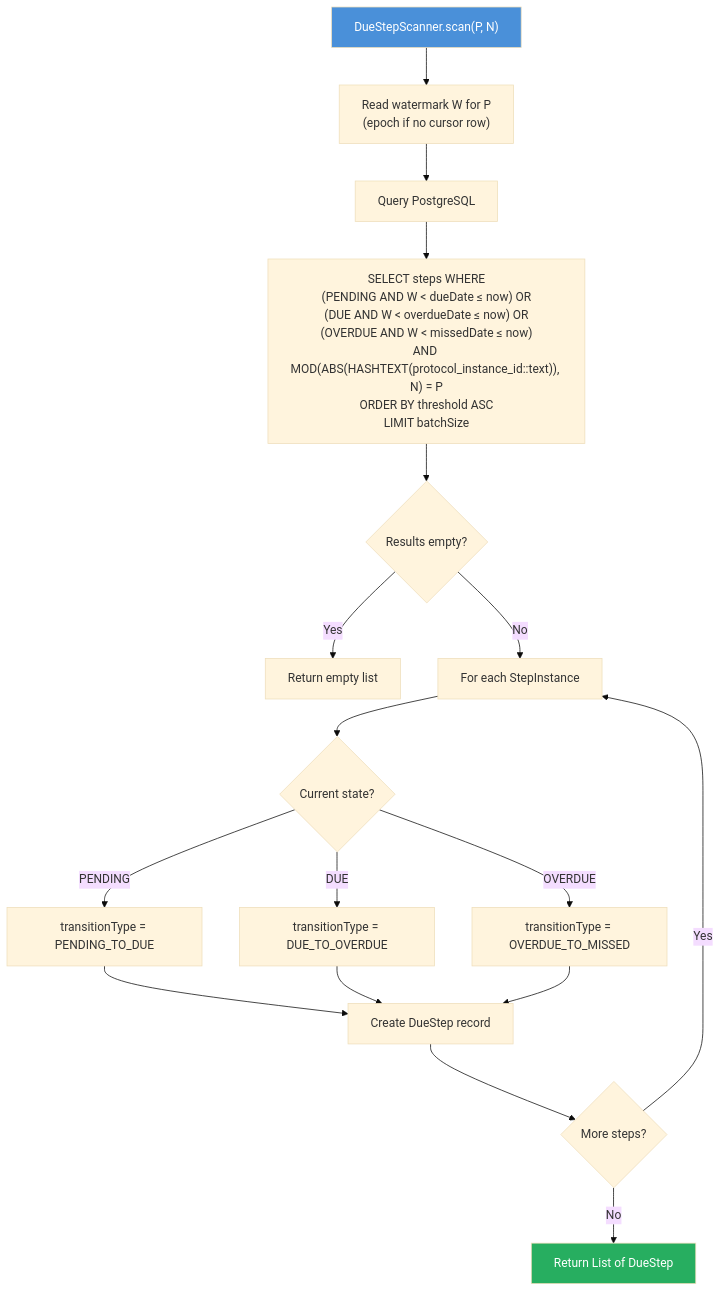
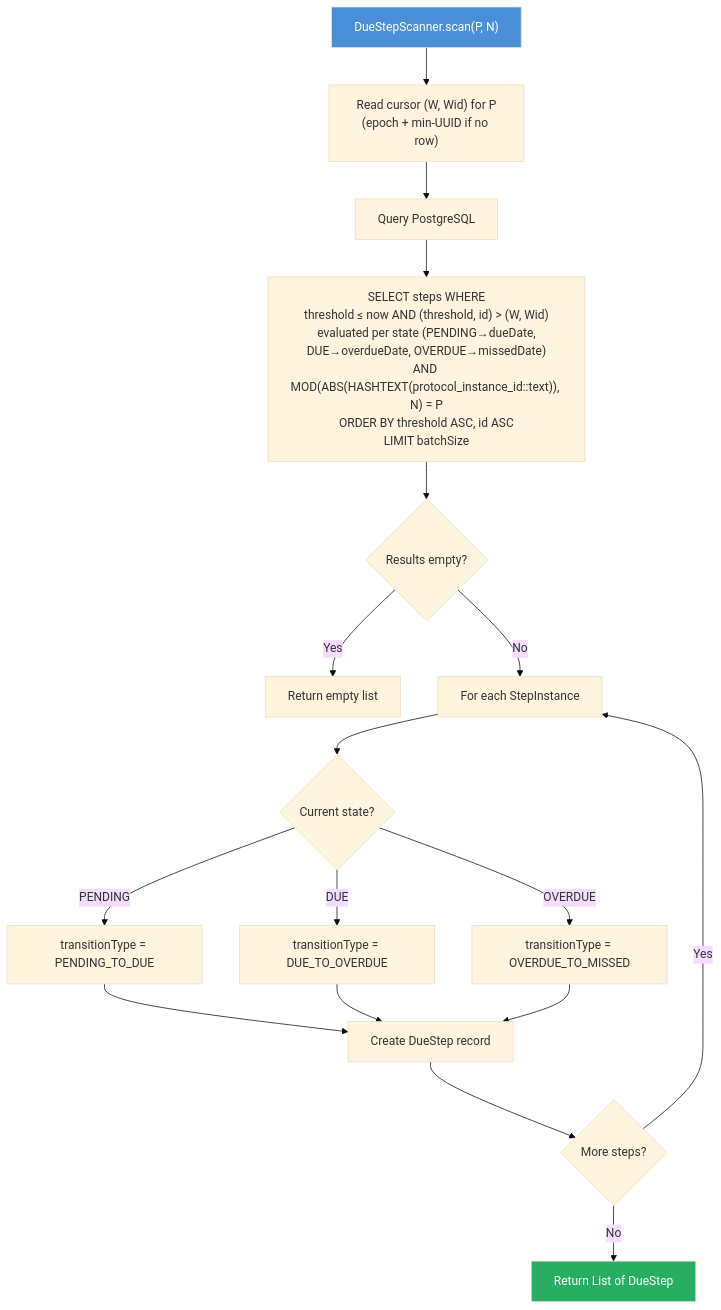
One commit to Jayaprakash8887/cce-scheduler-service changed the third of 5 diagrams in docs/flow-diagrams.md. Above: the diagram before and after it, drawn with Mermaid (base theme). The commit also changed other lines of this file and 15 other files, not shown here.

````diff
--- a/docs/flow-diagrams.md
+++ b/docs/flow-diagrams.md
@@ -111,25 +111,25 @@
 ```mermaid
 flowchart TD
-    A["DueStepScanner.scan(P, N)"] --> A2["Read watermark W for P<br/>(epoch if no cursor row)"]
+    A["DueStepScanner.scan(P, N)"] --> A2["Read cursor (W, Wid) for P<br/>(epoch + min-UUID if no row)"]
     A2 --> B["Query PostgreSQL"]
-    B --> C["SELECT steps WHERE<br/>(PENDING AND W < dueDate ≤ now) OR<br/>(DUE AND W < overdueDate ≤ now) OR<br/>(OVERDUE AND W < missedDate ≤ now)<br/>AND MOD(ABS(HASHTEXT(protocol_instance_id::text)), N) = P<br/>ORDER BY threshold ASC<br/>LIMIT batchSize"]
+    B --> C["SELECT steps WHERE<br/>threshold ≤ now AND (threshold, id) > (W, Wid)<br/>evaluated per state (PENDING→dueDate,<br/>DUE→overdueDate, OVERDUE→missedDate)<br/>AND MOD(ABS(HASHTEXT(protocol_instance_id::text)), N) = P<br/>ORDER BY threshold ASC, id ASC<br/>LIMIT batchSize"]
     C --> D{"Results empty?"}
     D -->|"Yes"| E["Return empty list"]
     D -->|"No"| F["For each StepInstance"]
 
     F --> G{"Current state?"}
     G -->|"PENDING"| H["transitionType = PENDING_TO_DUE"]
     G -->|"DUE"| I["transitionType = DUE_TO_OVERDUE"]
     G -->|"OVERDUE"| J["transitionType = OVERDUE_TO_MISSED"]
 
     H --> K["Create DueStep record"]
     I --> K
     J --> K
 
     K --> L{"More steps?"}
     L -->|"Yes"| F
     L -->|"No"| M["Return List of DueStep"]
 
     style A fill:#4A90D9,color:white
     style M fill:#27AE60,color:white
 ```
````
